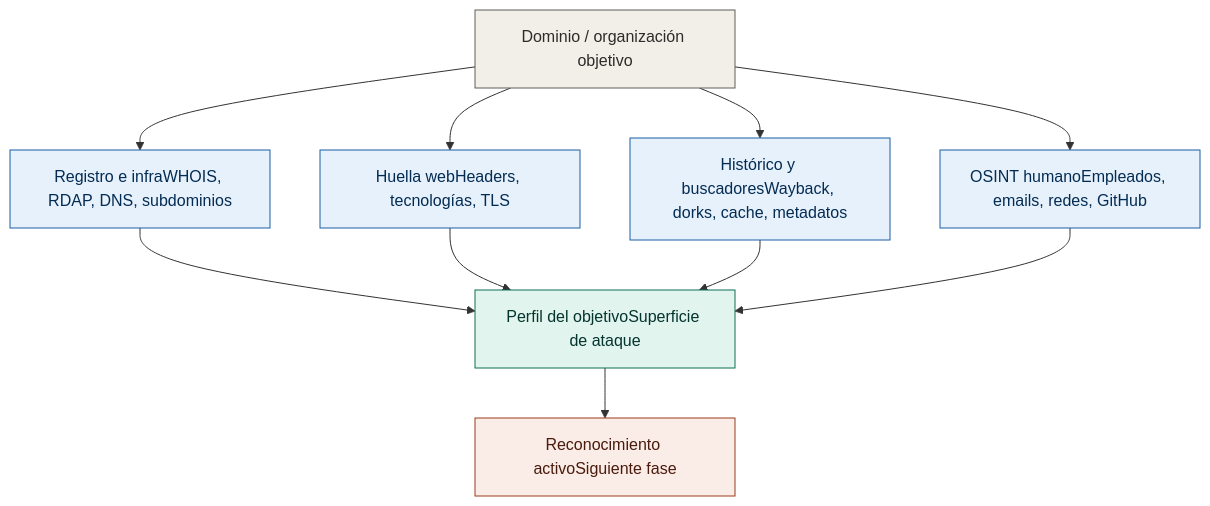
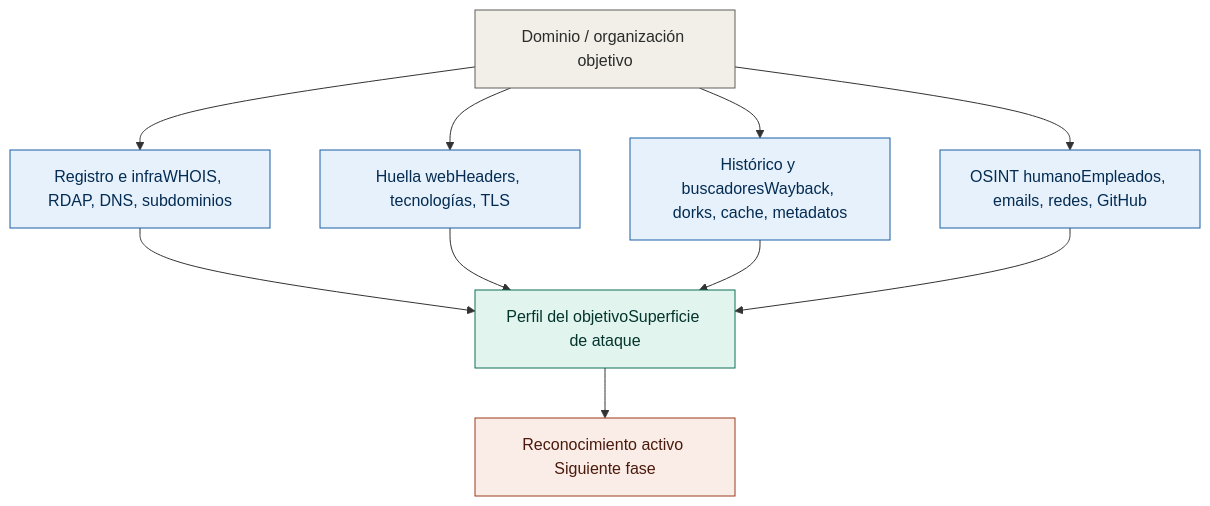
Before and after one commit to Jsprrws/jsprrws.github.io: the first of 2 diagrams in _posts/2026-06-01-recon-pasivo.md, drawn with Mermaid.

````diff
--- a/_posts/2026-06-01-recon-pasivo.md
+++ b/_posts/2026-06-01-recon-pasivo.md
@@ -16,21 +16,21 @@
 ```mermaid
 flowchart TD
     T[Dominio / organización objetivo] --> R[Registro e infraWHOIS, RDAP, DNS, subdominios]
     T --> W[Huella webHeaders, tecnologías, TLS]
     T --> H[Histórico y buscadoresWayback, dorks, cache, metadatos]
     T --> O[OSINT humanoEmpleados, emails, redes, GitHub]
     R --> P[Perfil del objetivoSuperficie de ataque]
     W --> P
     H --> P
     O --> P
-    P --> A[Reconocimiento activoSiguiente fase]
+    P --> A[Reconocimiento activo Siguiente fase]
 
     classDef start fill:#F1EFE8,stroke:#5F5E5A,color:#2C2C2A
     classDef src fill:#E6F1FB,stroke:#185FA5,color:#042C53
     classDef out fill:#E1F5EE,stroke:#0F6E56,color:#04342C
     classDef next fill:#FAECE7,stroke:#993C1D,color:#4A1B0C
     class T start
     class R,W,H,O src
     class P out
     class A next
 ```
````
